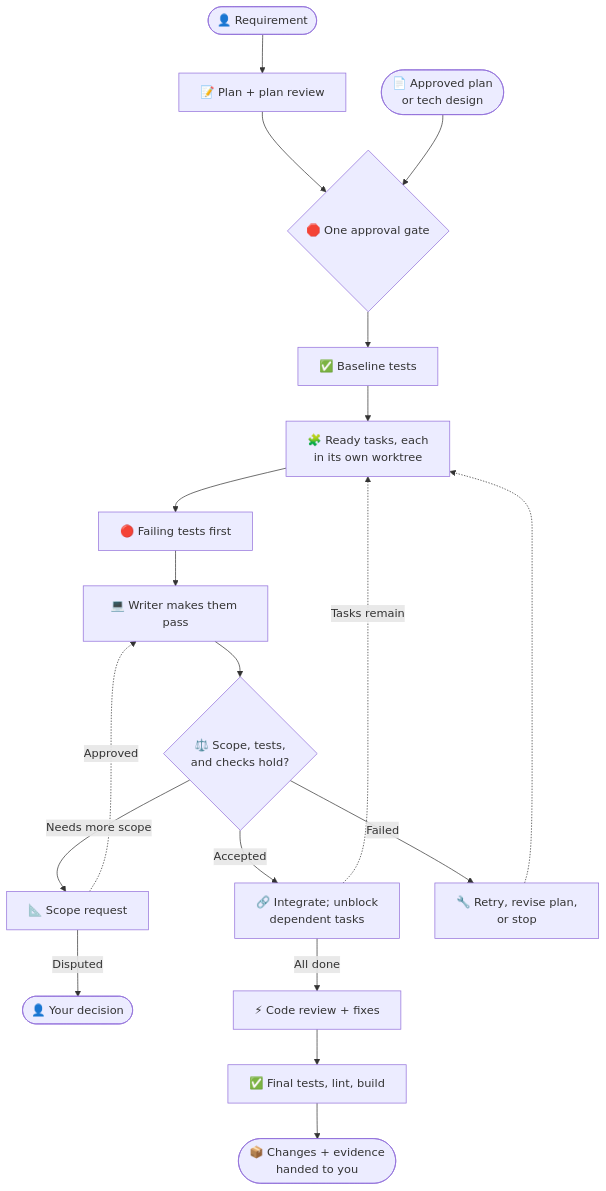
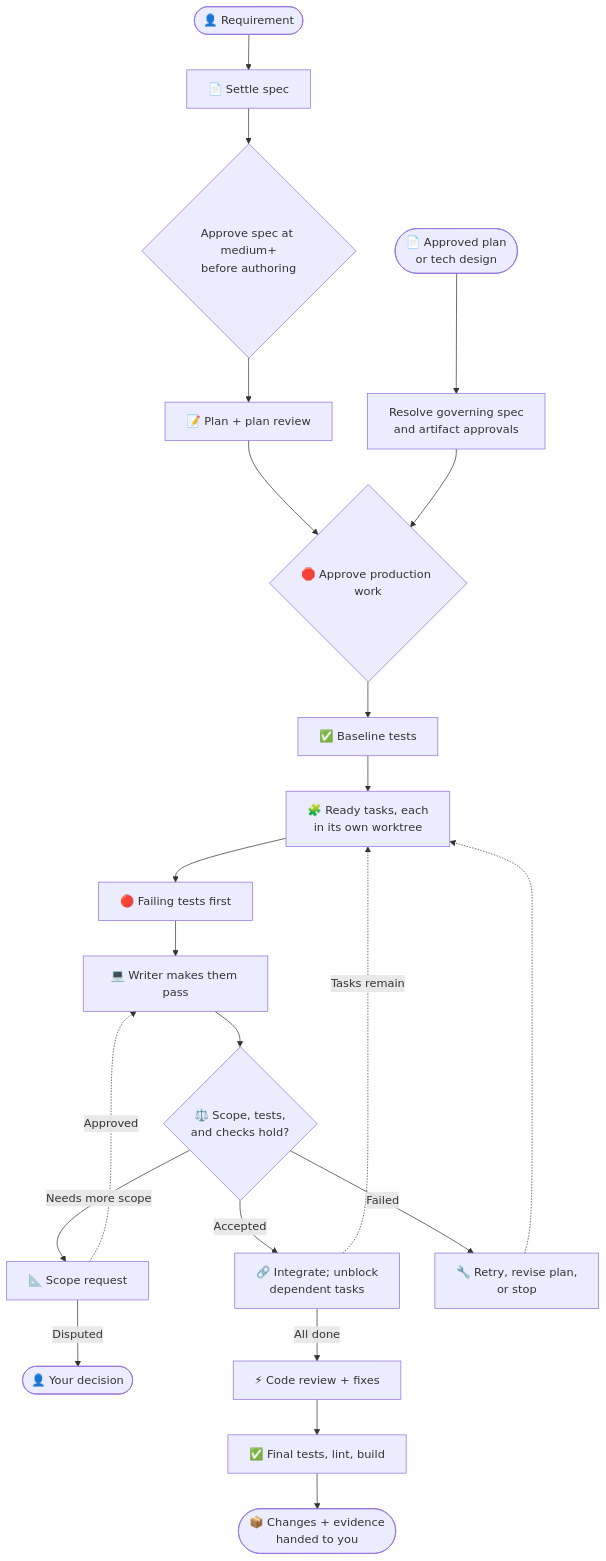
One commit to Gyunikuchan/dispatch-skills changed the diagram in skills/dispatch/references/readme/implement.md. Above: the diagram before and after it, drawn with Mermaid. The commit also changed other lines of this file and 66 other files, not shown here.

````diff
--- a/skills/dispatch/references/readme/implement.md
+++ b/skills/dispatch/references/readme/implement.md
@@ -13,21 +15,24 @@
 ```mermaid
 flowchart TD
-    User(["👤 Requirement"]) --> Plan["📝 Plan + plan review"]
-    Plan --> Gate{"🛑 One approval gate"}
-    Artifact(["📄 Approved plan<br/>or tech design"]) --> Gate
+    User(["👤 Requirement"]) --> Spec["📄 Settle spec"]
+    Spec --> SpecGate{"Approve spec at medium+<br/>before authoring"}
+    SpecGate --> Plan["📝 Plan + plan review"]
+    Plan --> Gate{"🛑 Approve production work"}
+    Artifact(["📄 Approved plan<br/>or tech design"]) --> Resolve["Resolve governing spec<br/>and artifact approvals"]
+    Resolve --> Gate
     Gate --> Baseline["✅ Baseline tests"]
     Baseline --> Tasks["🧩 Ready tasks, each<br/>in its own worktree"]
     Tasks --> Red["🔴 Failing tests first"]
     Red --> Green["💻 Writer makes them pass"]
     Green --> Accept{"⚖️ Scope, tests,<br/>and checks hold?"}
     Accept -->|Accepted| Integrate["🔗 Integrate; unblock<br/>dependent tasks"]
     Accept -->|Needs more scope| Scope["📐 Scope request"]
     Accept -->|Failed| Recover["🔧 Retry, revise plan,<br/>or stop"]
     Scope -.->|Approved| Green
     Scope -->|Disputed| Ask(["👤 Your decision"])
     Recover -.-> Tasks
     Integrate -.->|Tasks remain| Tasks
     Integrate -->|All done| CodeReview["⚡ Code review + fixes"]
     CodeReview --> Final["✅ Final tests, lint, build"]
     Final --> Handoff(["📦 Changes + evidence<br/>handed to you"])
 ```
````
